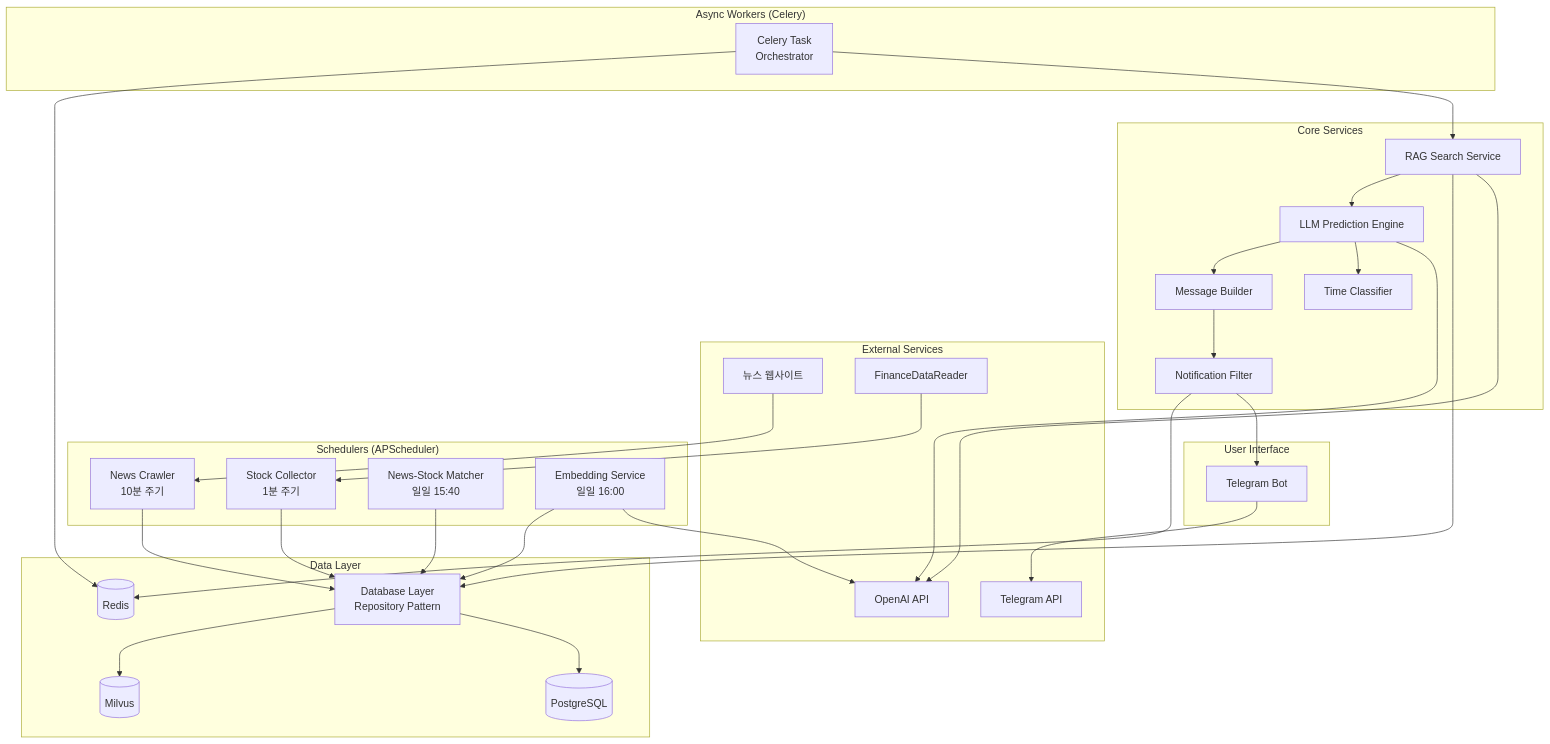
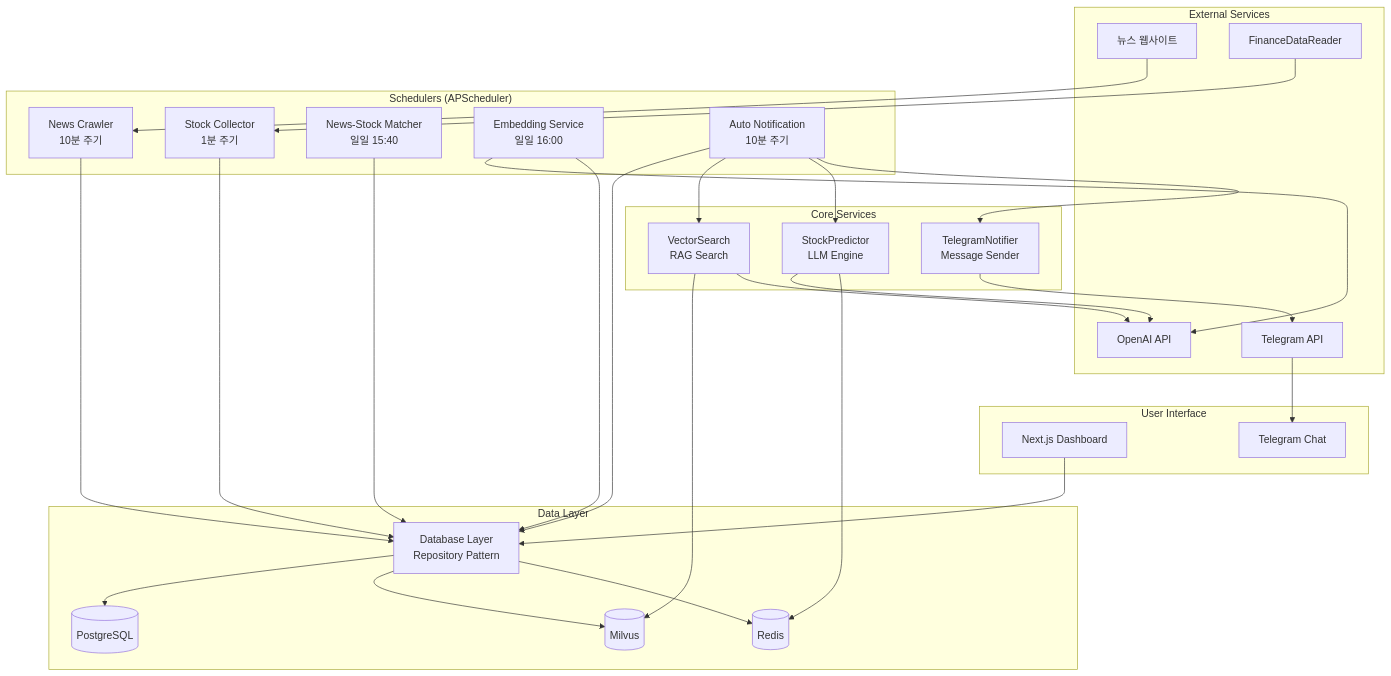
Before and after one commit to atototo/craveny: the third of 3 diagrams in docs/architecture.md, drawn with Mermaid. The commit also changed other lines of this file, not shown here.

First line of the commit message:
docs(architecture): 실제 구현 기반 컴포넌트 및 시스템 플로우 업데이트

````diff
--- a/docs/architecture.md
+++ b/docs/architecture.md
@@ -967,67 +1068,64 @@
 ```mermaid
 graph TB
     subgraph "External Services"
         NEWS_SITES[뉴스 웹사이트]
         FDR[FinanceDataReader]
         OPENAI[OpenAI API]
         TELEGRAM_API[Telegram API]
     end
 
     subgraph "Schedulers (APScheduler)"
         NEWS_CRON[News Crawler<br/>10분 주기]
         STOCK_CRON[Stock Collector<br/>1분 주기]
         MATCHER_CRON[News-Stock Matcher<br/>일일 15:40]
         EMBED_CRON[Embedding Service<br/>일일 16:00]
+        AUTO_NOTIFY[Auto Notification<br/>10분 주기]
     end
 
     subgraph "Core Services"
-        RAG[RAG Search Service]
-        PREDICTOR[LLM Prediction Engine]
-        TIME_CLASS[Time Classifier]
-        MSG_BUILDER[Message Builder]
-        FILTER[Notification Filter]
-    end
-
-    subgraph "Async Workers (Celery)"
-        CELERY[Celery Task<br/>Orchestrator]
+        VECTOR_SEARCH[VectorSearch<br/>RAG Search]
+        PREDICTOR[StockPredictor<br/>LLM Engine]
+        TELEGRAM_BOT[TelegramNotifier<br/>Message Sender]
     end
 
     subgraph "User Interface"
-        BOT[Telegram Bot]
+        WEB[Next.js Dashboard]
+        TELEGRAM_CHAT[Telegram Chat]
     end
 
     subgraph "Data Layer"
         DB_LAYER[Database Layer<br/>Repository Pattern]
         PG[(PostgreSQL)]
         MILVUS[(Milvus)]
         REDIS[(Redis)]
     end
 
     NEWS_SITES --> NEWS_CRON
     FDR --> STOCK_CRON
 
     NEWS_CRON --> DB_LAYER
     STOCK_CRON --> DB_LAYER
     MATCHER_CRON --> DB_LAYER
 
     EMBED_CRON --> OPENAI
     EMBED_CRON --> DB_LAYER
 
-    CELERY --> RAG
-    RAG --> OPENAI
-    RAG --> DB_LAYER
+    AUTO_NOTIFY --> DB_LAYER
+    AUTO_NOTIFY --> VECTOR_SEARCH
+    VECTOR_SEARCH --> MILVUS
+    VECTOR_SEARCH --> OPENAI
 
-    RAG --> PREDICTOR
+    AUTO_NOTIFY --> PREDICTOR
     PREDICTOR --> OPENAI
-    PREDICTOR --> TIME_CLASS
-    PREDICTOR --> MSG_BUILDER
+    PREDICTOR --> REDIS
 
-    MSG_BUILDER --> FILTER
-    FILTER --> BOT
-    BOT --> TELEGRAM_API
+    AUTO_NOTIFY --> TELEGRAM_BOT
+    TELEGRAM_BOT --> TELEGRAM_API
+    TELEGRAM_API --> TELEGRAM_CHAT
 
     DB_LAYER --> PG
     DB_LAYER --> MILVUS
-    FILTER --> REDIS
-    CELERY --> REDIS
+    DB_LAYER --> REDIS
+
+    WEB --> DB_LAYER
 ```
````
